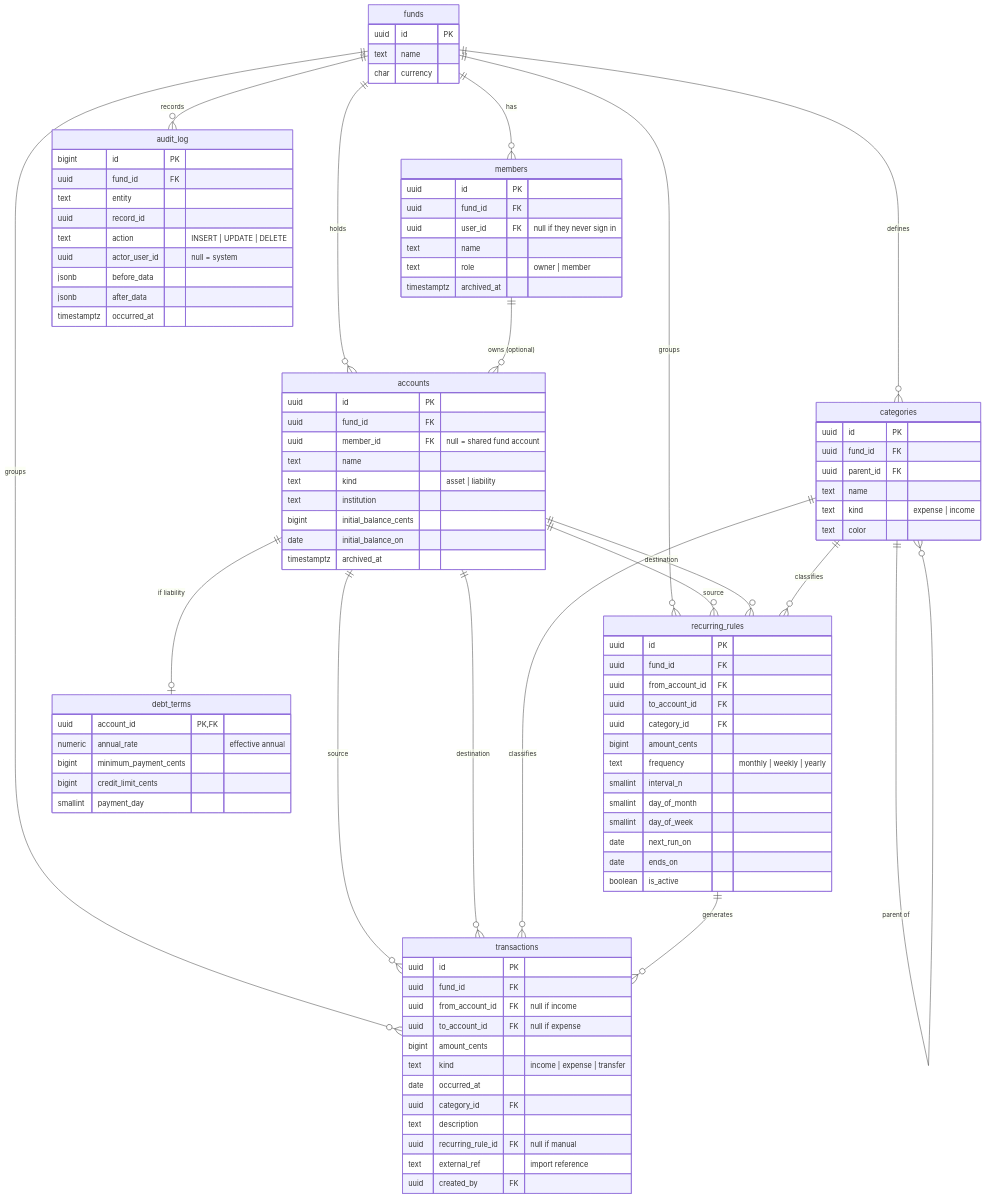
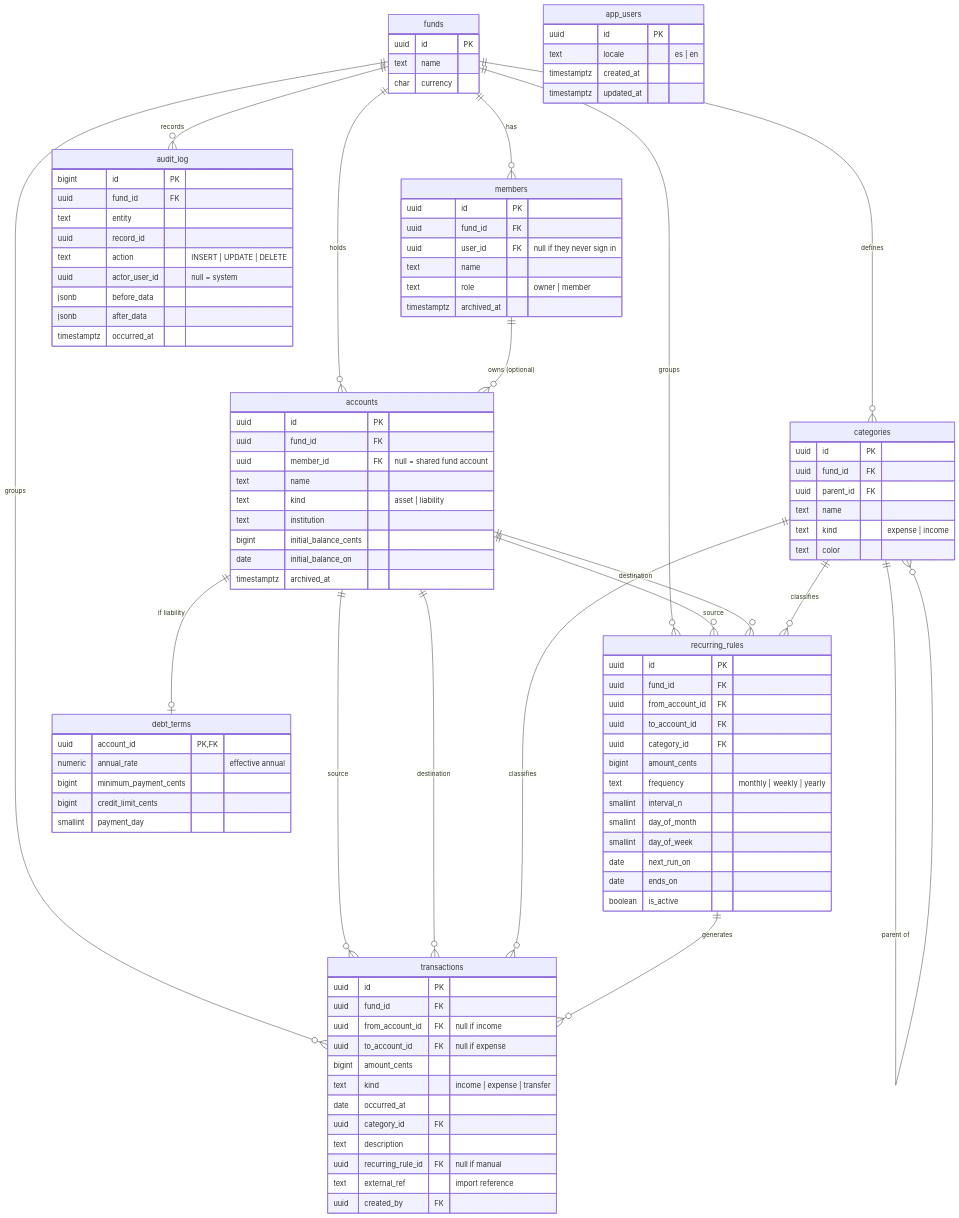
Before and after one commit to WAB-Studio/finances-app: the diagram in docs/SPEC.md, drawn with Mermaid. The commit also changed other lines of this file and 64 other files, not shown here.

```diff
--- a/docs/SPEC.md
+++ b/docs/SPEC.md
@@ -174,6 +178,13 @@
     categories ||--o{ recurring_rules : "classifies"
 
     recurring_rules ||--o{ transactions : "generates"
+
+    app_users {
+        uuid id PK
+        text locale "es | en"
+        timestamptz created_at
+        timestamptz updated_at
+    }
 
     funds {
         uuid id PK
```
